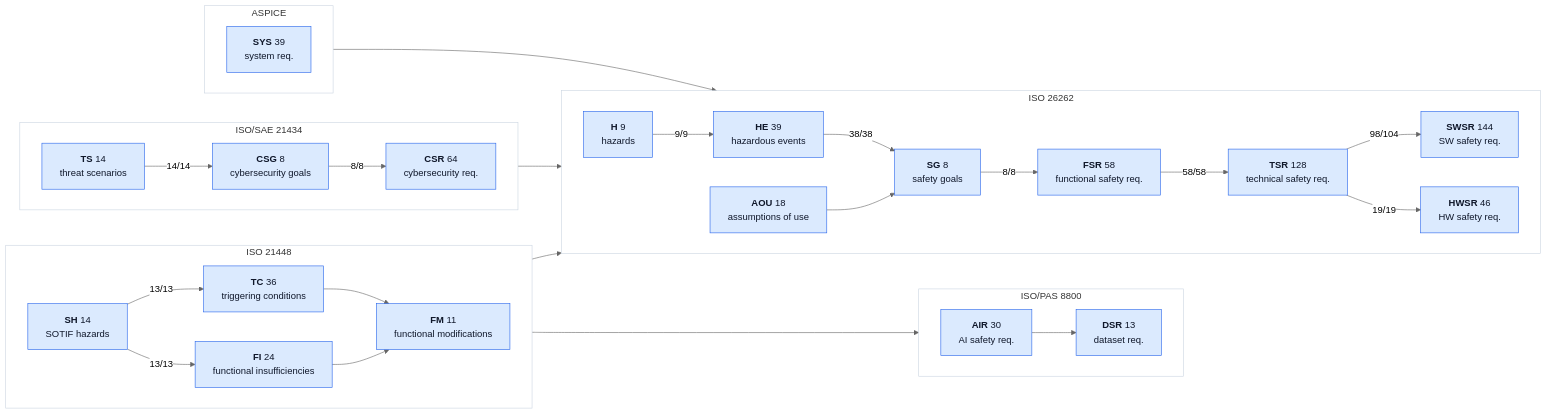
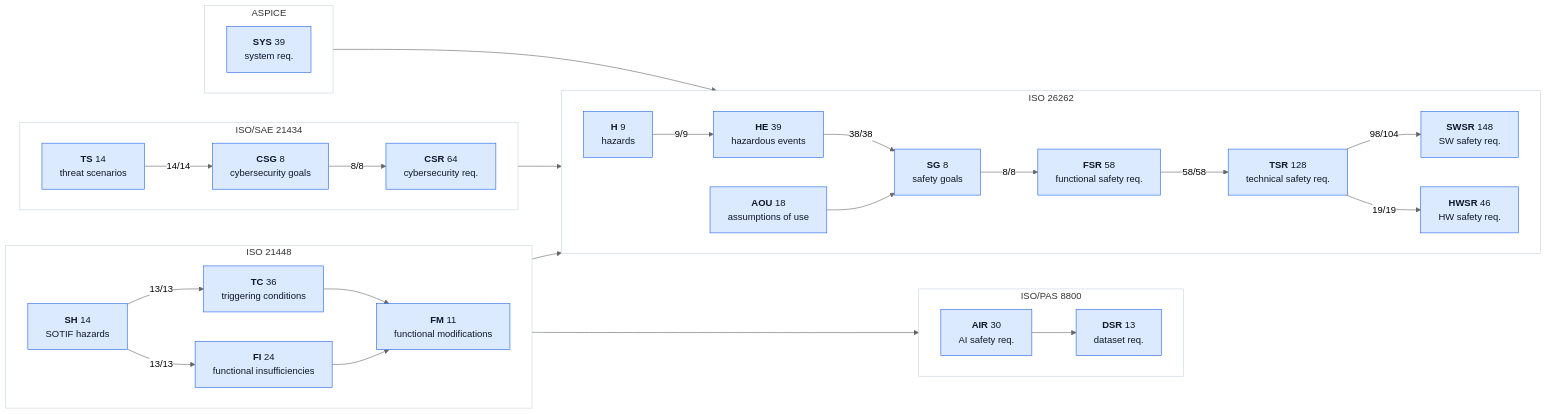
One commit to jherrodthomas/LionDriver changed the second of 2 diagrams in assurance/trace/maps/aspice-trace-map.md. Above: the diagram before and after it, drawn with Mermaid (neutral theme). The commit also changed other lines of this file and 136 other files, not shown here.

````diff
--- a/assurance/trace/maps/aspice-trace-map.md
+++ b/assurance/trace/maps/aspice-trace-map.md
@@ -188,61 +188,61 @@
 ```mermaid
 flowchart LR
   subgraph ISO26262["ISO 26262"]
     direction LR
     kH["<b>H</b> 9<br/>hazards"]:::traced
     kHE["<b>HE</b> 39<br/>hazardous events"]:::traced
     kSG["<b>SG</b> 8<br/>safety goals"]:::traced
     kFSR["<b>FSR</b> 58<br/>functional safety req."]:::traced
     kTSR["<b>TSR</b> 128<br/>technical safety req."]:::traced
-    kSWSR["<b>SWSR</b> 144<br/>SW safety req."]:::traced
+    kSWSR["<b>SWSR</b> 148<br/>SW safety req."]:::traced
     kHWSR["<b>HWSR</b> 46<br/>HW safety req."]:::traced
     kAOU["<b>AOU</b> 18<br/>assumptions of use"]:::traced
   end
   style ISO26262 fill:#FFFFFF,stroke:#CBD5E1
   subgraph ISO21448["ISO 21448"]
     direction LR
     kSH["<b>SH</b> 14<br/>SOTIF hazards"]:::traced
     kTC["<b>TC</b> 36<br/>triggering conditions"]:::traced
     kFI["<b>FI</b> 24<br/>functional insufficiencies"]:::traced
     kFM["<b>FM</b> 11<br/>functional modifications"]:::traced
   end
   style ISO21448 fill:#FFFFFF,stroke:#CBD5E1
   subgraph ISOPAS8800["ISO/PAS 8800"]
     direction LR
     kAIR["<b>AIR</b> 30<br/>AI safety req."]:::traced
     kDSR["<b>DSR</b> 13<br/>dataset req."]:::traced
   end
   style ISOPAS8800 fill:#FFFFFF,stroke:#CBD5E1
   subgraph ISOSAE21434["ISO/SAE 21434"]
     direction LR
     kTS["<b>TS</b> 14<br/>threat scenarios"]:::traced
     kCSG["<b>CSG</b> 8<br/>cybersecurity goals"]:::traced
     kCSR["<b>CSR</b> 64<br/>cybersecurity req."]:::traced
   end
   style ISOSAE21434 fill:#FFFFFF,stroke:#CBD5E1
   subgraph ASPICE["ASPICE"]
     direction LR
     kSYS["<b>SYS</b> 39<br/>system req."]:::traced
   end
   style ASPICE fill:#FFFFFF,stroke:#CBD5E1
   kH -->|"9/9"| kHE
   kHE -->|"38/38"| kSG
   kSG -->|"8/8"| kFSR
   kFSR -->|"58/58"| kTSR
   kTSR -->|"98/104"| kSWSR
   kTSR -->|"19/19"| kHWSR
   kAOU --> kSG
   kSH -->|"13/13"| kTC
   kSH -->|"13/13"| kFI
   kTC --> kFM
   kFI --> kFM
   kSH --> kH
   kFI --> kAIR
   kAIR --> kDSR
   kTS -->|"14/14"| kCSG
   kCSG -->|"8/8"| kCSR
   kCSG --> kSG
   kSYS --> kTSR
   classDef traced fill:#DBEAFE,stroke:#2563EB,color:#0F172A
   classDef doc fill:#F1F5F9,stroke:#94A3B8,stroke-dasharray:4 3,color:#475569
 ```
````
